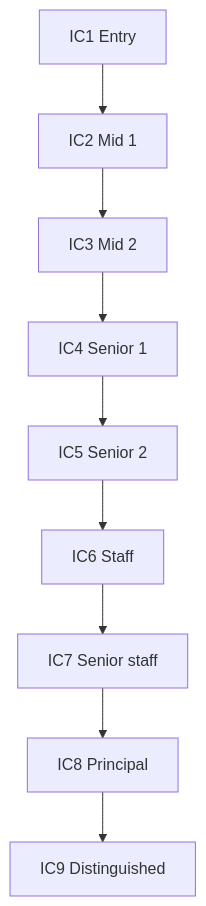
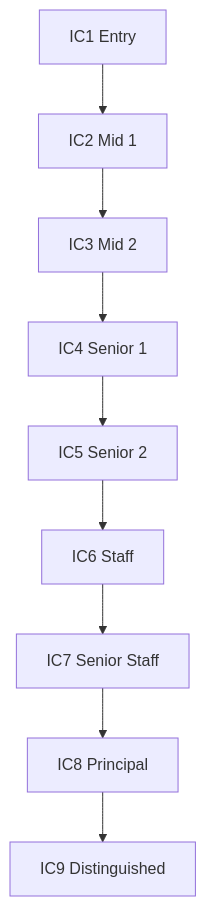
Before and after one commit to ultralytics/handbook: the diagram in docs/en/people/careers/levels-ic.md, drawn with Mermaid. The commit also changed 8 other files, not shown here.

First line of the commit message:
Address review findings and tune diagrams for the dagre layout

````diff
--- a/docs/en/people/careers/levels-ic.md
+++ b/docs/en/people/careers/levels-ic.md
@@ -20,11 +20,11 @@
 ```mermaid
 flowchart TD
     IC1[IC1 Entry] --> IC2[IC2 Mid 1]
     IC2 --> IC3[IC3 Mid 2]
     IC3 --> IC4[IC4 Senior 1]
     IC4 --> IC5[IC5 Senior 2]
     IC5 --> IC6[IC6 Staff]
-    IC6 --> IC7[IC7 Senior staff]
+    IC6 --> IC7[IC7 Senior Staff]
     IC7 --> IC8[IC8 Principal]
     IC8 --> IC9[IC9 Distinguished]
 ```
````
